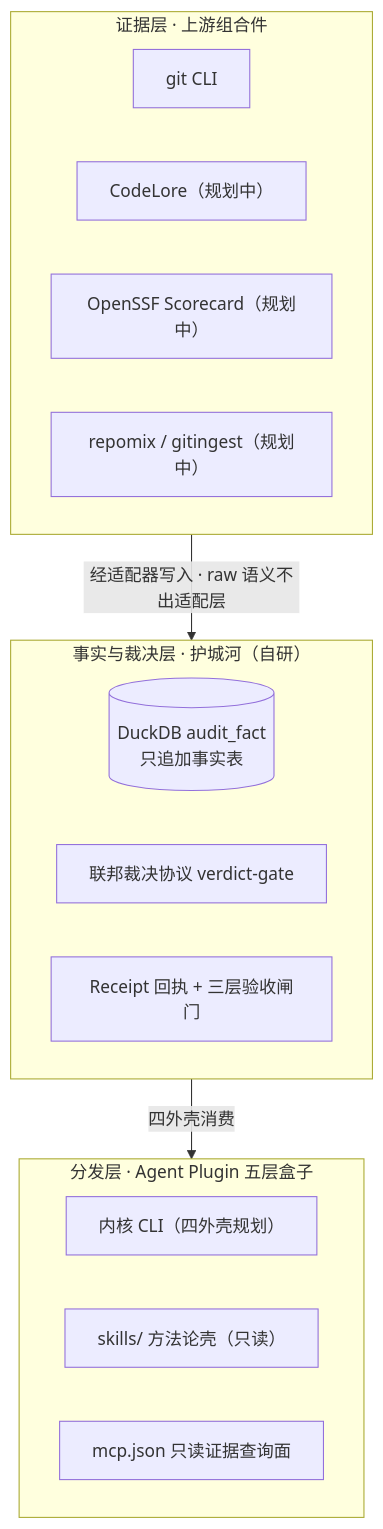
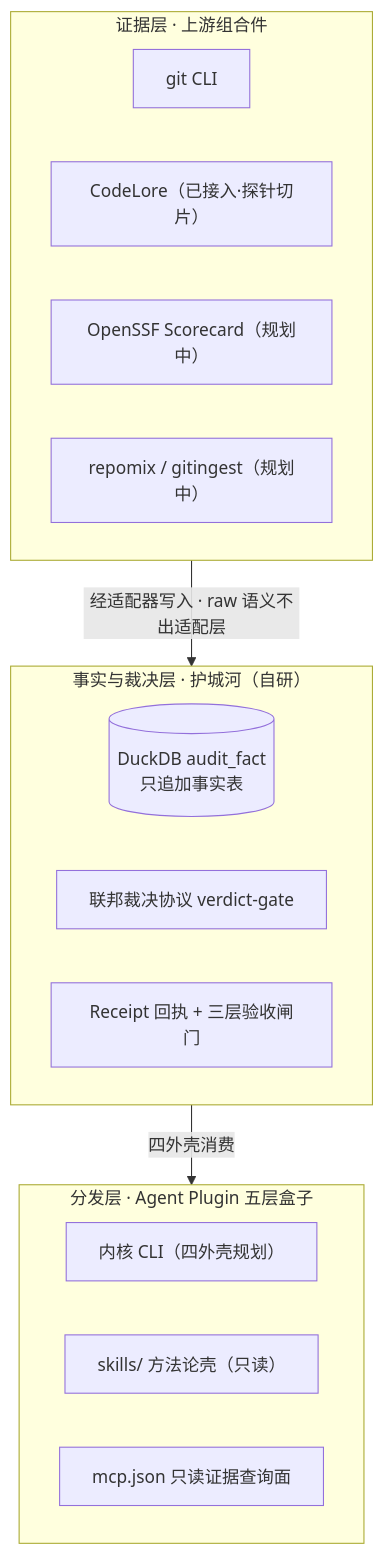
Before and after one commit to Xxx91n/6F: the first of 2 diagrams in README.md, drawn with Mermaid. The commit also changed other lines of this file and 3 other files, not shown here.

Commit message:
round6 返修(R2-R5): 25-checklist 5行触发已发生→待用户拍板(B1.2/B4.2/D2/P6/D1, D-026升级); round6-report勘误(post-freeze 5/consistent 16)+第二栈披露+engine未经CI明示+§7待拍板清单; README同步CodeLore探针口径(mermaid+所有权表); round6-audit.md入库

````diff
--- a/README.md
+++ b/README.md
@@ -10,21 +10,21 @@
 ```mermaid
 flowchart TB
     subgraph DIST["分发层 · Agent Plugin 五层盒子"]
         CLI["内核 CLI（四外壳规划）"]
         SK["skills/ 方法论壳（只读）"]
         MCP["mcp.json 只读证据查询面"]
     end
     subgraph CORE["事实与裁决层 · 护城河（自研）"]
         FACT[("DuckDB audit_fact<br/>只追加事实表")]
         ADJ["联邦裁决协议 verdict-gate"]
         RCP["Receipt 回执 + 三层验收闸门"]
     end
     subgraph EVID["证据层 · 上游组合件"]
         GIT["git CLI"]
-        CL["CodeLore（规划中）"]
+        CL["CodeLore（已接入·探针切片）"]
         SC["OpenSSF Scorecard（规划中）"]
         RP["repomix / gitingest（规划中）"]
     end
     EVID -->|"经适配器写入 · raw 语义不出适配层"| CORE
     CORE -->|"四外壳消费"| DIST
 ```
````
